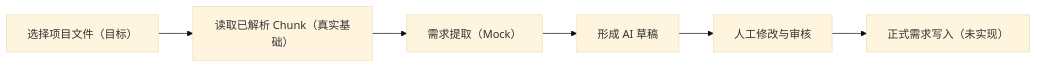
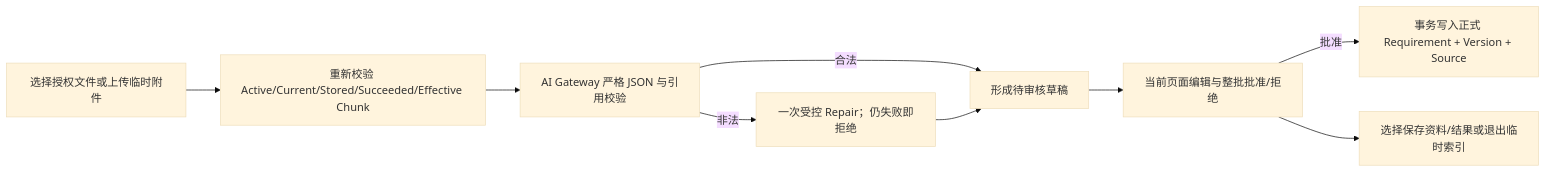
One commit to 27ruien/ProjectAI changed the fifth of 6 diagrams in docs/USER_FLOWS.md. Above: the diagram before and after it, drawn with Mermaid (base theme). The commit also changed other lines of this file and 92 other files, not shown here.

````diff
--- a/docs/USER_FLOWS.md
+++ b/docs/USER_FLOWS.md
@@ -100,8 +100,11 @@
 ```mermaid
 flowchart LR
-  A["选择项目文件（目标）"] --> B["读取已解析 Chunk（真实基础）"]
-  B --> C["需求提取（Mock）"]
-  C --> D["形成 AI 草稿"]
-  D --> E["人工修改与审核"]
-  E --> F["正式需求写入（未实现）"]
+  A["选择授权文件或上传临时附件"] --> B["重新校验 Active/Current/Stored/Succeeded/Effective Chunk"]
+  B --> C["AI Gateway 严格 JSON 与引用校验"]
+  C -->|"非法"| D["一次受控 Repair；仍失败即拒绝"]
+  C -->|"合法"| E["形成待审核草稿"]
+  D --> E
+  E --> F["当前页面编辑与整批批准/拒绝"]
+  F -->|"批准"| G["事务写入正式 Requirement + Version + Source"]
+  F --> H["选择保存资料/结果或退出临时索引"]
 ```
````
